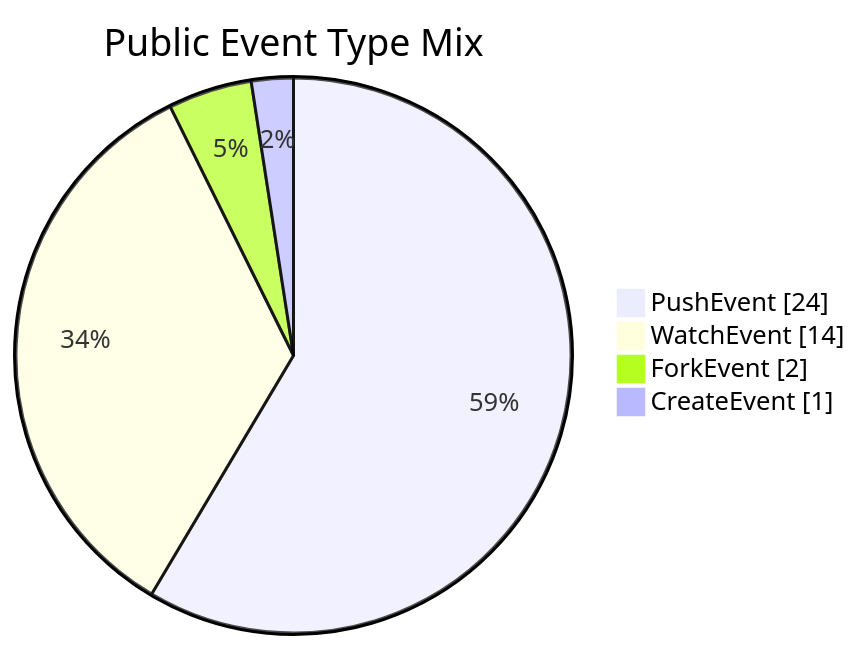
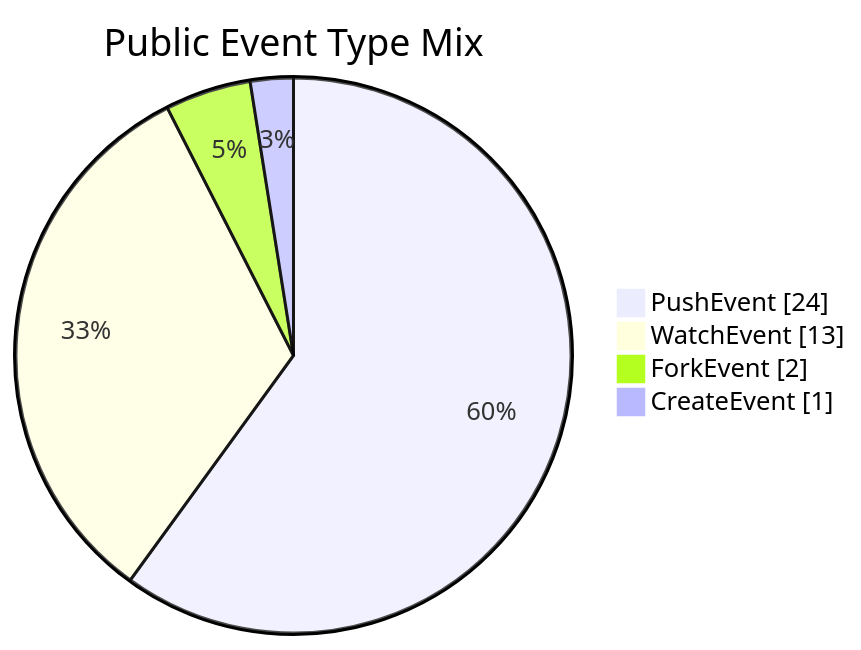
Before and after one commit to manhquydev/manhquydev: the second of 2 diagrams in README.md, drawn with Mermaid. The commit also changed other lines of this file and 4 other files, not shown here.

````diff
--- a/README.md
+++ b/README.md
@@ -138,8 +138,8 @@
 ```mermaid
 pie showData
   title Public Event Type Mix
   "PushEvent" : 24
-  "WatchEvent" : 14
+  "WatchEvent" : 13
   "ForkEvent" : 2
   "CreateEvent" : 1
 ```
````
